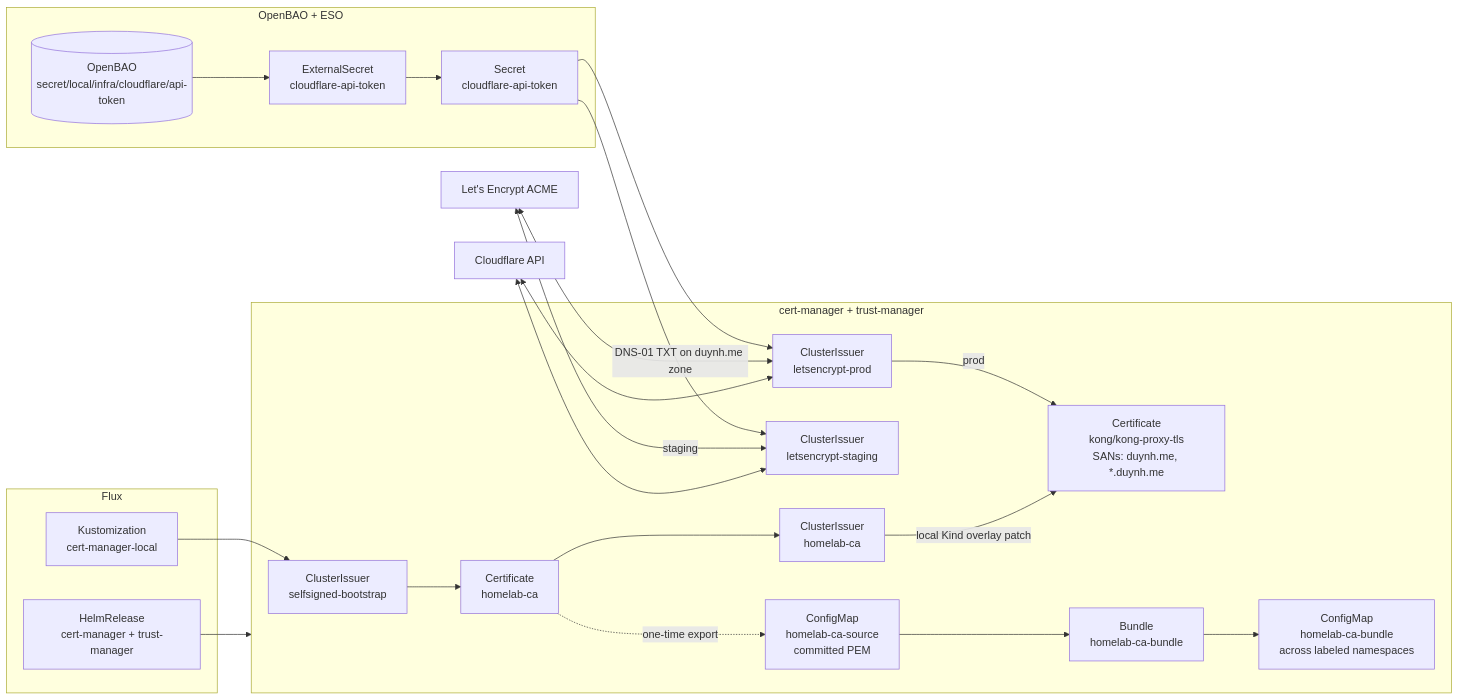
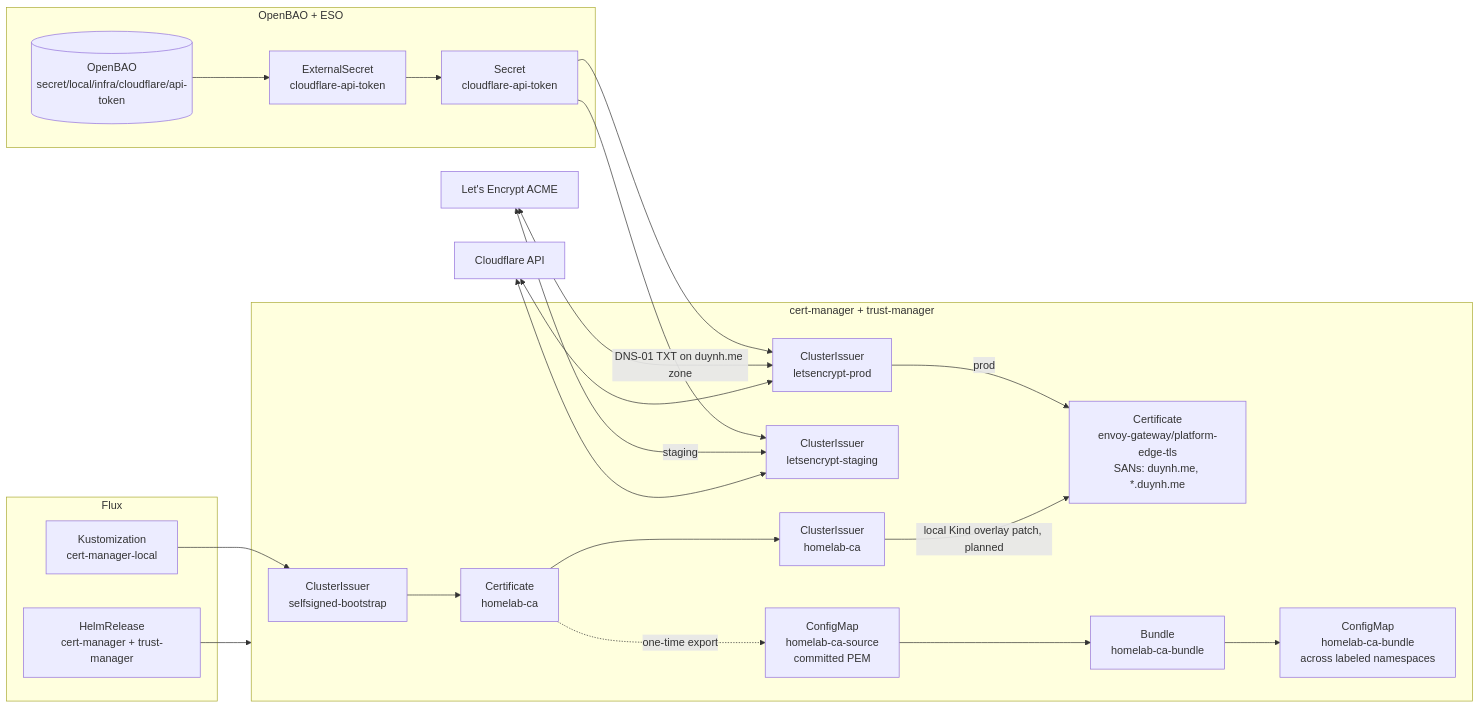
The diagram in docs/secrets/cert-manager.md (duynhlab/homelab), drawn with Mermaid before and after one commit. The commit also changed other lines of this file and 30 other files, not shown here.

````diff
--- a/docs/secrets/cert-manager.md
+++ b/docs/secrets/cert-manager.md
@@ -28,32 +36,32 @@
 ```mermaid
 flowchart LR
   subgraph flux[Flux]
     HR[HelmRelease<br/>cert-manager + trust-manager]
     K[Kustomization<br/>cert-manager-local]
   end
   subgraph eso[OpenBAO + ESO]
     Bao[(OpenBAO<br/>secret/local/infra/cloudflare/api-token)]
     ES[ExternalSecret<br/>cloudflare-api-token]
     Sec[Secret<br/>cloudflare-api-token]
   end
   subgraph cm[cert-manager + trust-manager]
     SS[ClusterIssuer<br/>selfsigned-bootstrap]
     CA[Certificate<br/>homelab-ca]
     HCA[ClusterIssuer<br/>homelab-ca]
     LES[ClusterIssuer<br/>letsencrypt-staging]
     LEP[ClusterIssuer<br/>letsencrypt-prod]
-    KCert[Certificate<br/>kong/kong-proxy-tls<br/>SANs: duynh.me, *.duynh.me]
+    EdgeCert[Certificate<br/>envoy-gateway/platform-edge-tls<br/>SANs: duynh.me, *.duynh.me]
     CACOPY[ConfigMap<br/>homelab-ca-source<br/>committed PEM]
     Bundle[Bundle<br/>homelab-ca-bundle]
     OUT[ConfigMap<br/>homelab-ca-bundle<br/>across labeled namespaces]
   end
   HR --> cm
   K --> SS --> CA --> HCA
   Bao --> ES --> Sec --> LES & LEP
-  LEP -->|prod| KCert
-  HCA -->|local Kind overlay patch| KCert
+  LEP -->|prod| EdgeCert
+  HCA -->|local Kind overlay patch, planned| EdgeCert
   CA -. one-time export .-> CACOPY --> Bundle --> OUT
   LE[Let's Encrypt ACME] <-->|DNS-01 TXT on duynh.me zone| LEP
   LE <-->|staging| LES
   CF[Cloudflare API] <--> LEP & LES
 ```
````
